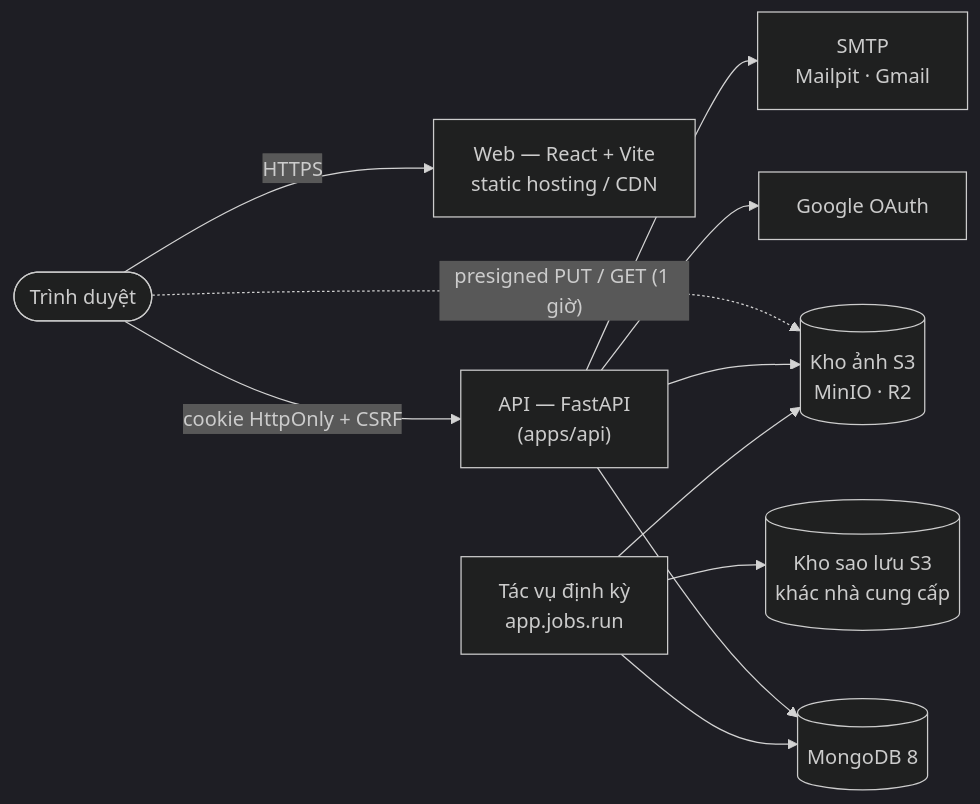
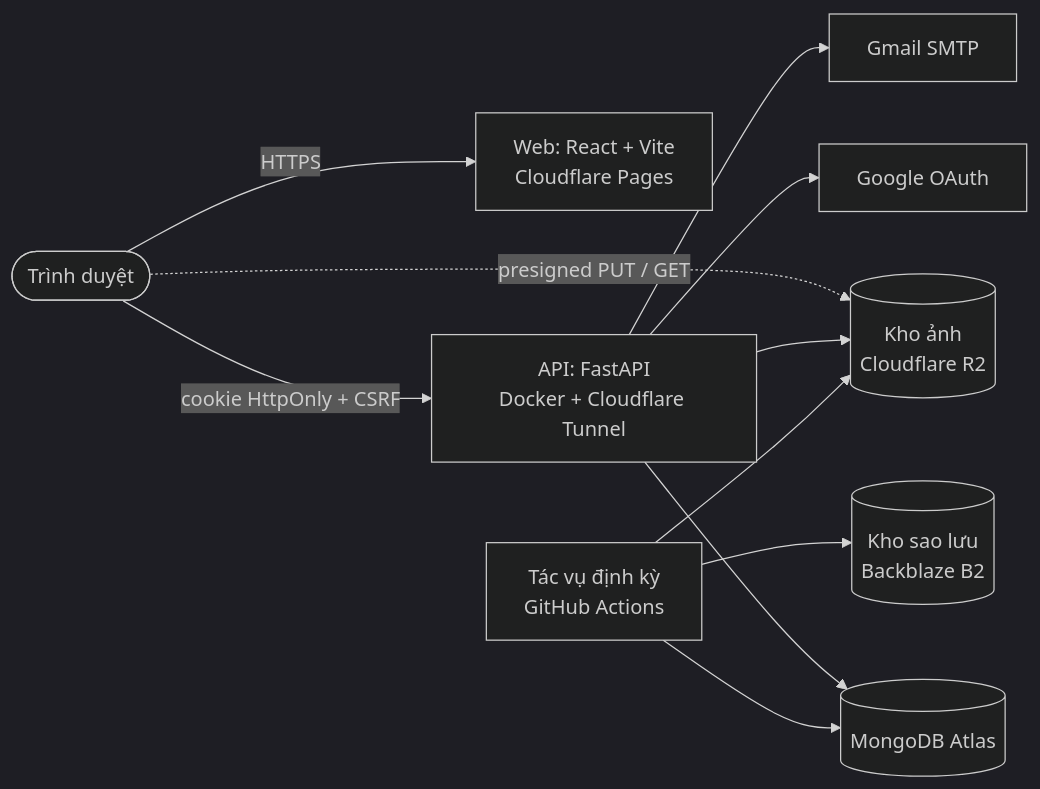
The diagram in README.md (Nha-Cong-Dong/DailyDiary), drawn with Mermaid (dark theme) before and after one commit. The commit also changed other lines of this file and 10 other files, not shown here.

````diff
--- a/README.md
+++ b/README.md
@@ -55,13 +48,13 @@
 ```mermaid
 flowchart LR
-    U([Trình duyệt]) -->|HTTPS| FE["Web — React + Vite<br/>static hosting / CDN"]
-    U -->|"cookie HttpOnly + CSRF"| API["API — FastAPI<br/>(apps/api)"]
-    U -.->|"presigned PUT / GET (1 giờ)"| S3[("Kho ảnh S3<br/>MinIO · R2")]
-    API --> DB[("MongoDB 8")]
+    U([Trình duyệt]) -->|HTTPS| FE["Web: React + Vite<br/>Cloudflare Pages"]
+    U -->|"cookie HttpOnly + CSRF"| API["API: FastAPI<br/>Docker + Cloudflare Tunnel"]
+    U -.->|"presigned PUT / GET"| S3[("Kho ảnh<br/>Cloudflare R2")]
+    API --> DB[("MongoDB Atlas")]
     API --> S3
     API --> G[Google OAuth]
-    API --> M[SMTP<br/>Mailpit · Gmail]
-    J["Tác vụ định kỳ<br/>app.jobs.run"] --> DB
+    API --> M[Gmail SMTP]
+    J["Tác vụ định kỳ<br/>GitHub Actions"] --> DB
     J --> S3
-    J --> B[("Kho sao lưu S3<br/>khác nhà cung cấp")]
+    J --> B[("Kho sao lưu<br/>Backblaze B2")]
 ```
````
